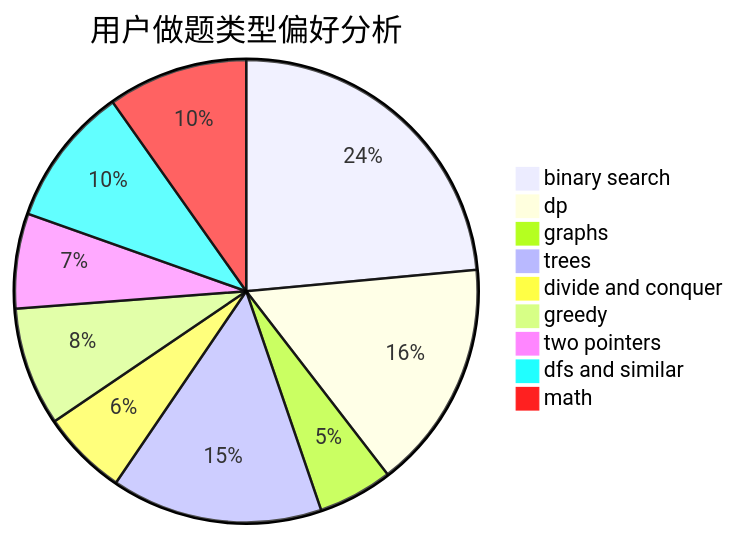
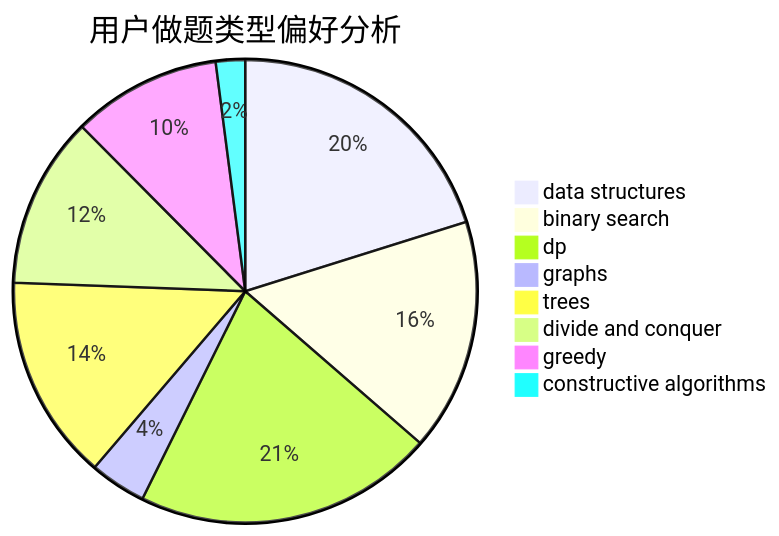
Before and after one commit to sherpahu/cfrs.github.io: the second of 3 diagrams in docs/user/u552.md, drawn with Mermaid. The commit also changed other lines of this file and 2775 other files, not shown here.

````diff
--- a/docs/user/u552.md
+++ b/docs/user/u552.md
@@ -23,12 +23,11 @@
 ```mermaid
 pie title 用户做题类型偏好分析
-    "binary search" :  298
-    "dp" :  203
-    "graphs" :  66
-    "trees" :  187
+    "data structures" :  128
+    "binary search" :  103
+    "dp" :  133
+    "graphs" :  25
+    "trees" :  91
     "divide and conquer" :  76
-    "greedy" :  105
-    "two pointers" :  84
-    "dfs and similar" :  124
-    "math" :  124
+    "greedy" :  66
+    "constructive algorithms" :  13
 ```
````
